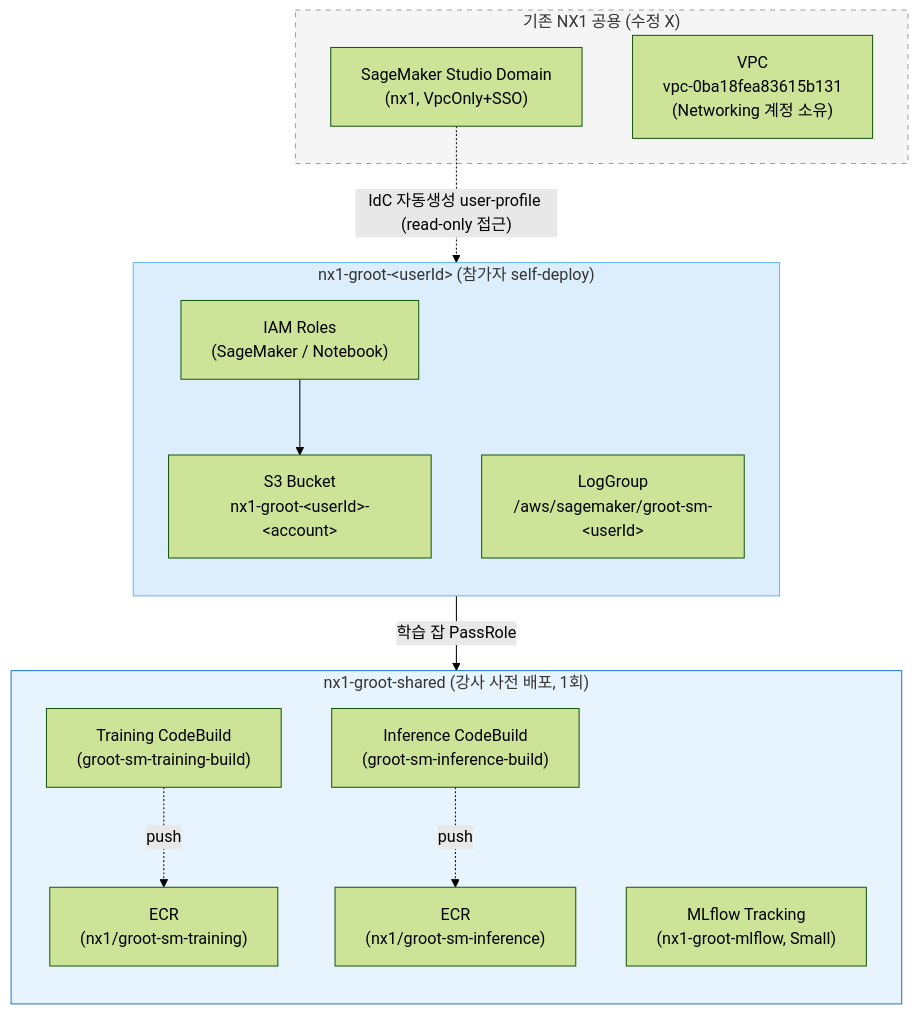
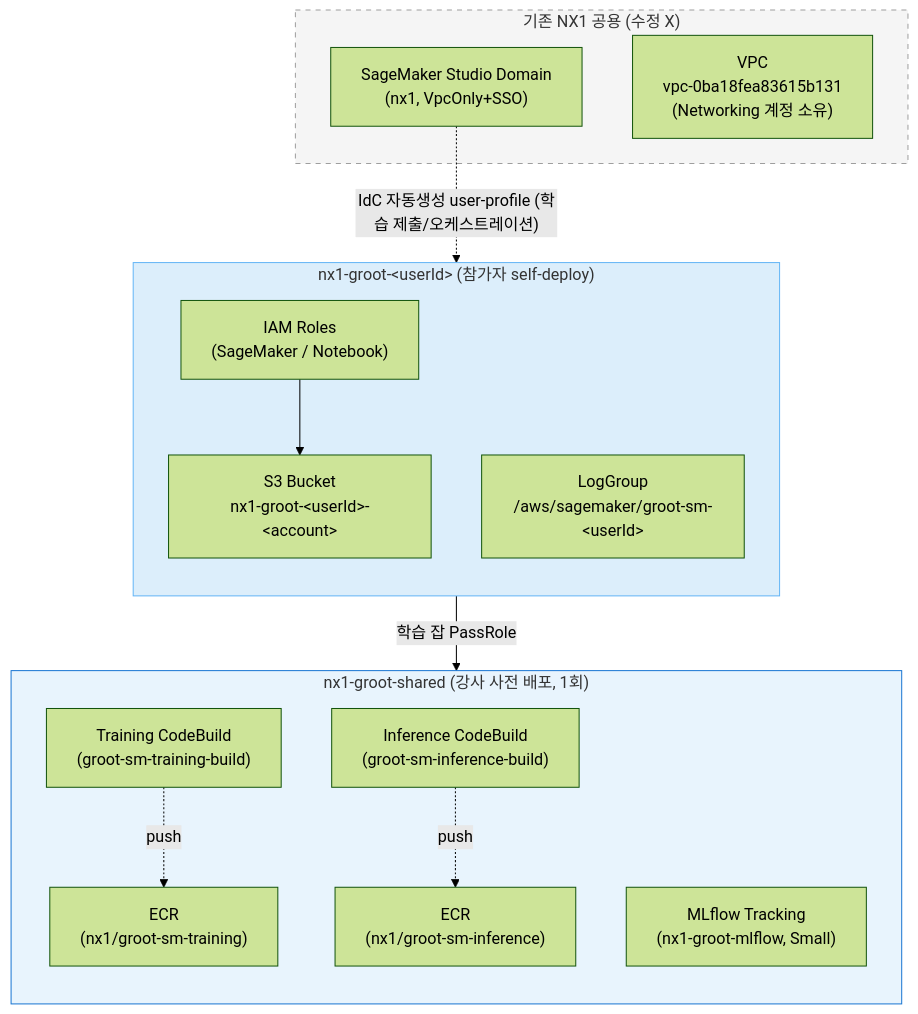
One commit to seokjushin/physical-ai-aws-docs changed the second of 2 diagrams in guide/e2e-workshop/5.-train-infra-setup.md. Above: the diagram before and after it, drawn with Mermaid (forest theme). The commit also changed other lines of this file and 1 other file, not shown here.

First line of the commit message:
docs(nx1): module 5/7 to native Studio JupyterLab + Pipeline endpoint auto-deploy

````diff
--- a/guide/e2e-workshop/5.-train-infra-setup.md
+++ b/guide/e2e-workshop/5.-train-infra-setup.md
@@ -126,33 +126,33 @@
 ```mermaid
 flowchart TB
     subgraph SharedStack["nx1-groot-shared (강사 사전 배포, 1회)"]
         direction TB
         SmTrainECR["ECR\n(nx1/groot-sm-training)"]
         SmInfECR["ECR\n(nx1/groot-sm-inference)"]
         SmTrainCB["Training CodeBuild\n(groot-sm-training-build)"]
         SmInfCB["Inference CodeBuild\n(groot-sm-inference-build)"]
         MLflow["MLflow Tracking\n(nx1-groot-mlflow, Small)"]
     end
 
     subgraph SmUserStack["nx1-groot-&lt;userId&gt; (참가자 self-deploy)"]
         direction TB
         S3["S3 Bucket\nnx1-groot-&lt;userId&gt;-&lt;account&gt;"]
         Roles["IAM Roles\n(SageMaker / Notebook)"]
         LG["LogGroup\n/aws/sagemaker/groot-sm-&lt;userId&gt;"]
     end
 
     subgraph Existing["기존 NX1 공용 (수정 X)"]
         Studio["SageMaker Studio Domain\n<STUDIO_DOMAIN_ID> (nx1, VpcOnly+SSO)"]
         VPC["VPC\nvpc-0ba18fea83615b131\n(Networking 계정 소유)"]
     end
 
     SmTrainCB -.->|"push"| SmTrainECR
     SmInfCB -.->|"push"| SmInfECR
     Roles -->|"학습 잡 PassRole"| MLflow
     Roles --> S3
-    Studio -.->|"IdC 자동생성 user-profile (read-only 접근)"| Roles
+    Studio -.->|"IdC 자동생성 user-profile (학습 제출/오케스트레이션)"| Roles
 
     style SharedStack fill:#e8f4fd,stroke:#1976d2
     style SmUserStack fill:#dceefb,stroke:#64b5f6
     style Existing fill:#f5f5f5,stroke:#9e9e9e,stroke-dasharray: 5 5
 ```
````
